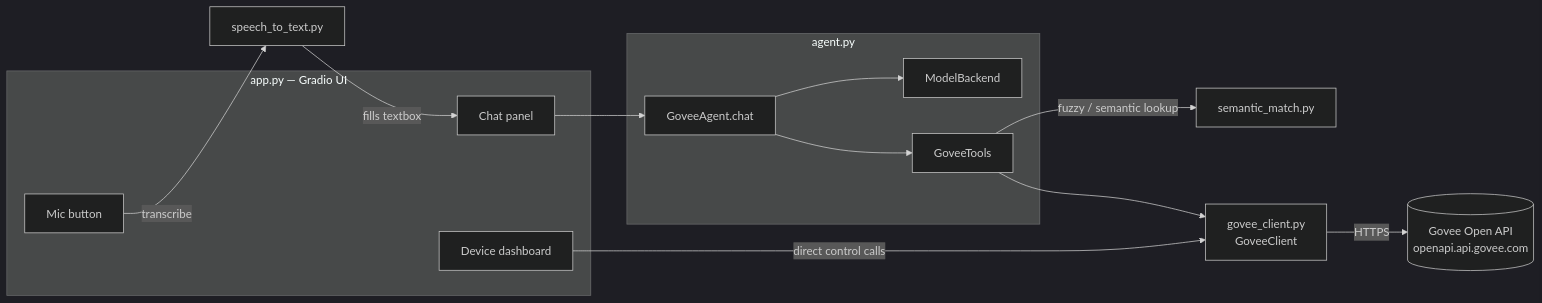
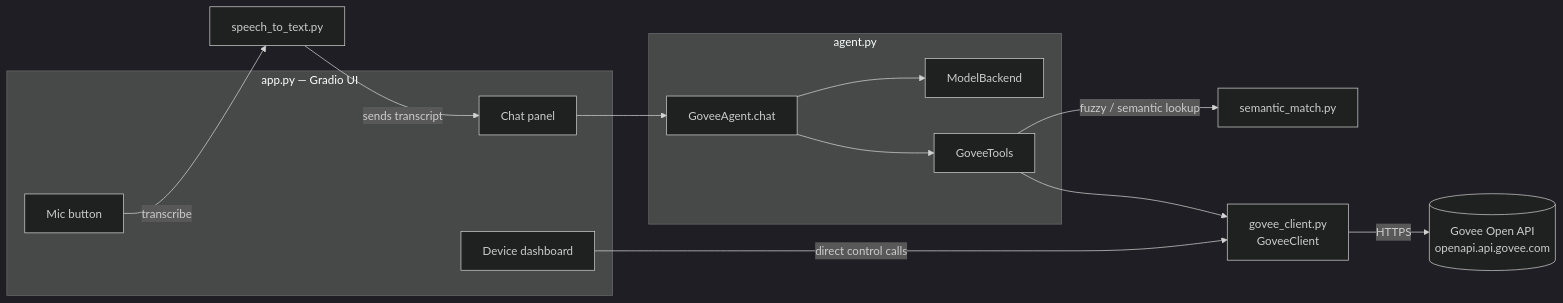
Before and after one commit to NyX3Ton/nyx3ton-project: the first of 2 diagrams in Govee AI Assistant/README.md, drawn with Mermaid (dark theme). The commit also changed other lines of this file and 5 other files, not shown here.

````diff
--- a/Govee AI Assistant/README.md
+++ b/Govee AI Assistant/README.md
@@ -100,29 +100,29 @@
 ```mermaid
 flowchart LR
     subgraph UI["app.py — Gradio UI"]
         Dash[Device dashboard]
         Chat[Chat panel]
         Mic[Mic button]
     end
 
     subgraph Agent["agent.py"]
         GA[GoveeAgent.chat]
         MB[ModelBackend]
         GT[GoveeTools]
     end
 
     SM[semantic_match.py]
     STT[speech_to_text.py]
     GC[govee_client.py<br/>GoveeClient]
     API[(Govee Open API<br/>openapi.api.govee.com)]
 
     Dash -- direct control calls --> GC
     Mic -- transcribe --> STT
-    STT -- fills textbox --> Chat
+    STT -- sends transcript --> Chat
     Chat --> GA
     GA --> MB
     GA --> GT
     GT -- fuzzy / semantic lookup --> SM
     GT --> GC
     GC -- HTTPS --> API
 ```
````
